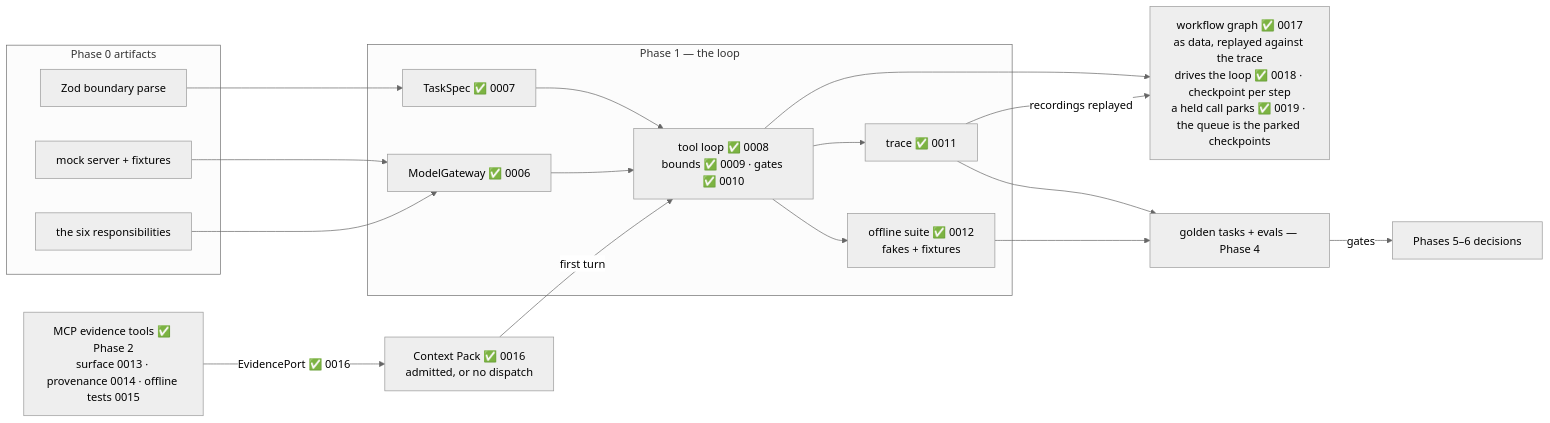
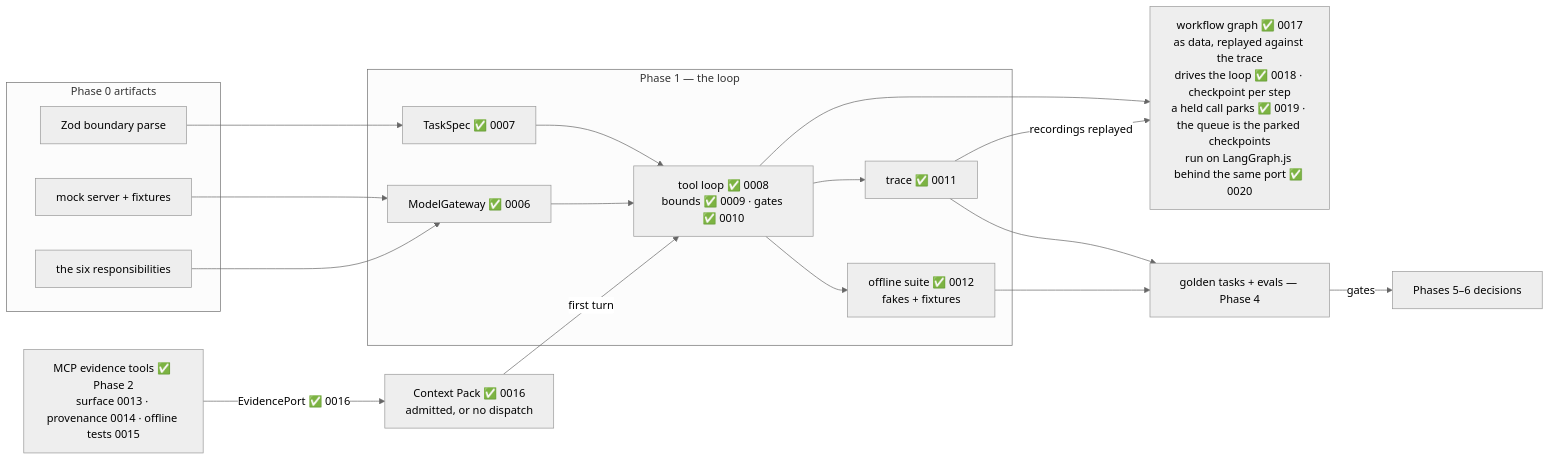
Before and after one commit to JozsefKiss90/TS: the sixth of 6 diagrams in wiki/course/course-module-graph.md, drawn with Mermaid (neutral theme). The commit also changed other lines of this file and 19 other files, not shown here.

First line of the commit message:
Ship lesson 0020 - LangGraph.js, Evaluated; lab 13-graph-orchestration; Phase 3 is 4 of 5

````diff
--- a/wiki/course/course-module-graph.md
+++ b/wiki/course/course-module-graph.md
@@ -115,29 +115,29 @@
 ```mermaid
 flowchart LR
     subgraph PH0["Phase 0 artifacts"]
         MOCK["mock server + fixtures"]
         SIX["the six responsibilities"]
         ZOD["Zod boundary parse"]
     end
     subgraph PH1["Phase 1 — the loop"]
         GWY["ModelGateway ✅ 0006"]
         SPEC["TaskSpec ✅ 0007"]
         TLOOP["tool loop ✅ 0008<br/>bounds ✅ 0009 · gates ✅ 0010"]
         TR["trace ✅ 0011"]
         TESTS["offline suite ✅ 0012<br/>fakes + fixtures"]
     end
     MOCK --> GWY
     SIX --> GWY
     ZOD --> SPEC
     SPEC --> TLOOP
     GWY --> TLOOP
     TLOOP --> TR
     TLOOP --> TESTS
     EV["MCP evidence tools ✅ Phase 2<br/>surface 0013 · provenance 0014 · offline tests 0015"] -->|"EvidencePort ✅ 0016"| PACK["Context Pack ✅ 0016<br/>admitted, or no dispatch"]
     PACK -->|"first turn"| TLOOP
-    TLOOP --> WG["workflow graph ✅ 0017<br/>as data, replayed against the trace<br/>drives the loop ✅ 0018 · checkpoint per step<br/>a held call parks ✅ 0019 · the queue is the parked checkpoints"]
+    TLOOP --> WG["workflow graph ✅ 0017<br/>as data, replayed against the trace<br/>drives the loop ✅ 0018 · checkpoint per step<br/>a held call parks ✅ 0019 · the queue is the parked checkpoints<br/>run on LangGraph.js behind the same port ✅ 0020"]
     TR -->|"recordings replayed"| WG
     TR --> EVAL["golden tasks + evals — Phase 4"]
     TESTS --> EVAL
     EVAL -->|"gates"| P5P6["Phases 5–6 decisions"]
 ```
````
